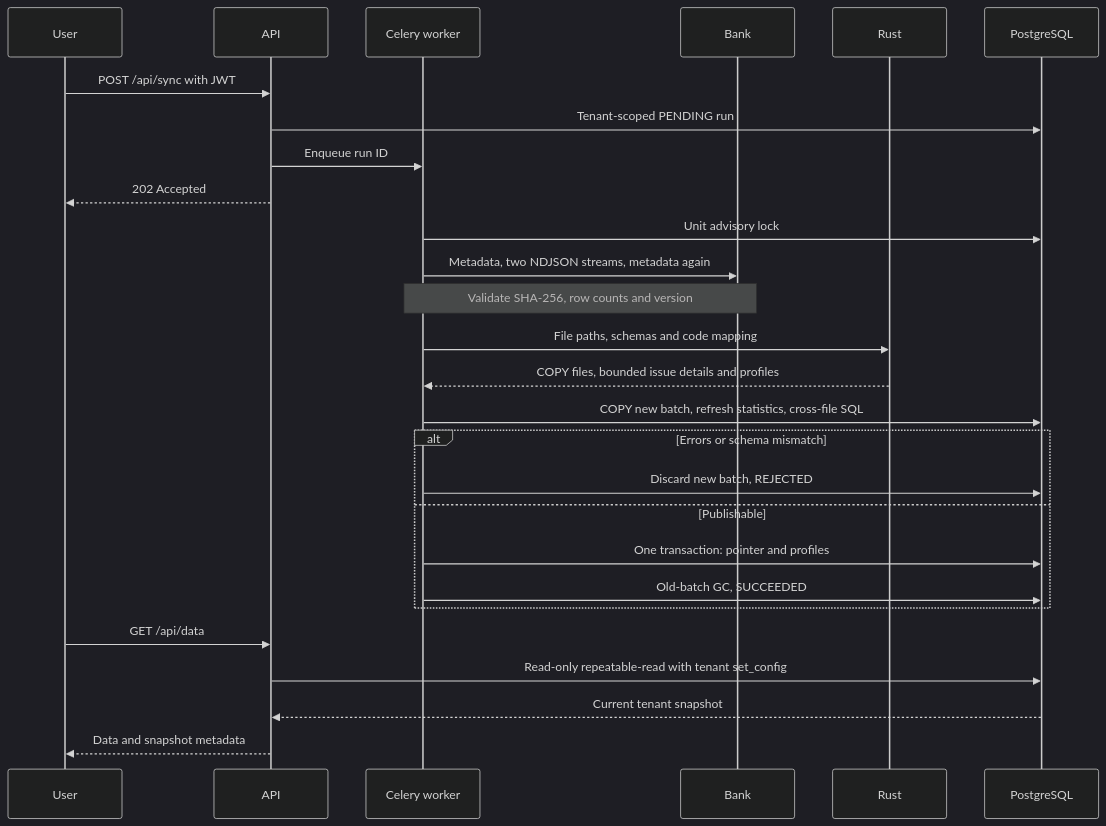
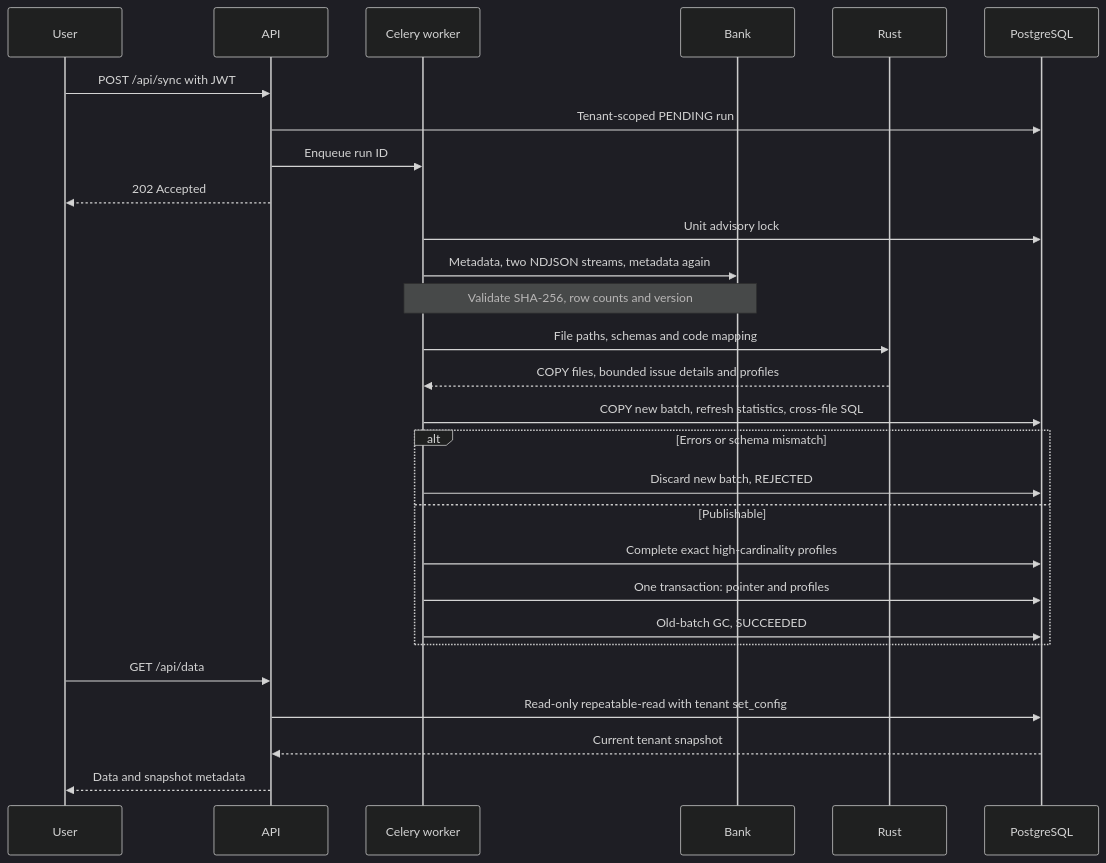
One commit to levend18/ledgerbridge-loan-adapter changed the second of 4 diagrams in Architecture.md. Above: the diagram before and after it, drawn with Mermaid (dark theme). The commit also changed other lines of this file and 14 other files, not shown here.

Commit message:
fix(profiling): complete exact categorical summaries beyond memory cap [M7]

````diff
--- a/Architecture.md
+++ b/Architecture.md
@@ -35,29 +35,30 @@
 ```mermaid
 sequenceDiagram
   participant U as User
   participant A as API
   participant Q as Celery worker
   participant B as Bank
   participant R as Rust
   participant P as PostgreSQL
   U->>A: POST /api/sync with JWT
   A->>P: Tenant-scoped PENDING run
   A->>Q: Enqueue run ID
   A-->>U: 202 Accepted
   Q->>P: Unit advisory lock
   Q->>B: Metadata, two NDJSON streams, metadata again
   Note over Q,B: Validate SHA-256, row counts and version
   Q->>R: File paths, schemas and code mapping
   R-->>Q: COPY files, bounded issue details and profiles
   Q->>P: COPY new batch, refresh statistics, cross-file SQL
   alt Errors or schema mismatch
     Q->>P: Discard new batch, REJECTED
   else Publishable
+    Q->>P: Complete exact high-cardinality profiles
     Q->>P: One transaction: pointer and profiles
     Q->>P: Old-batch GC, SUCCEEDED
   end
   U->>A: GET /api/data
   A->>P: Read-only repeatable-read with tenant set_config
   P-->>A: Current tenant snapshot
   A-->>U: Data and snapshot metadata
 ```
````
